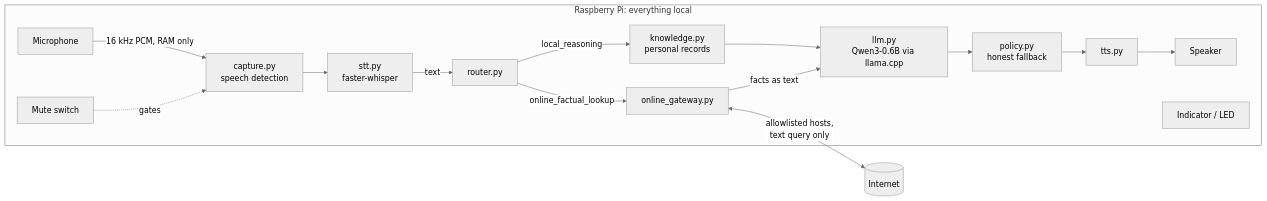
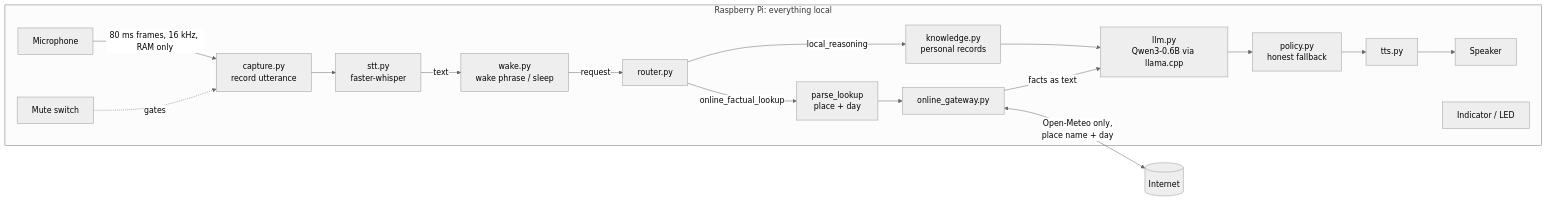
Before and after one commit to tamilselvanbilla/makeathon21_new: the first of 3 diagrams in docs/architecture.md, drawn with Mermaid (neutral theme). The commit also changed other lines of this file and 16 other files, not shown here.

````diff
--- a/docs/architecture.md
+++ b/docs/architecture.md
@@ -20,18 +20,20 @@
 ```mermaid
 flowchart LR
     subgraph Device["Raspberry Pi: everything local"]
-        Mic[Microphone] -->|16 kHz PCM, RAM only| Capture[capture.py<br/>speech detection]
+        Mic[Microphone] -->|80 ms frames, 16 kHz, RAM only| Capture[capture.py<br/>record utterance]
         Mute[Mute switch] -.gates.-> Capture
         Capture --> STT[stt.py<br/>faster-whisper]
-        STT -->|text| Router[router.py]
+        STT -->|text| Wake[wake.py<br/>wake phrase / sleep]
+        Wake -->|request| Router[router.py]
         Router -->|local_reasoning| KB[knowledge.py<br/>personal records]
         KB --> LLM[llm.py<br/>Qwen3-0.6B via llama.cpp]
-        Router -->|online_factual_lookup| GW[online_gateway.py]
+        Router -->|online_factual_lookup| Parse[parse_lookup<br/>place + day]
+        Parse --> GW[online_gateway.py]
         GW -->|facts as text| LLM
         LLM --> Policy[policy.py<br/>honest fallback]
         Policy --> TTS[tts.py]
         TTS --> Spk[Speaker]
         LED[Indicator / LED]
     end
-    GW <-->|allowlisted hosts,<br/>text query only| Net[(Internet)]
+    GW <-->|Open-Meteo only,<br/>place name + day| Net[(Internet)]
 ```
````
